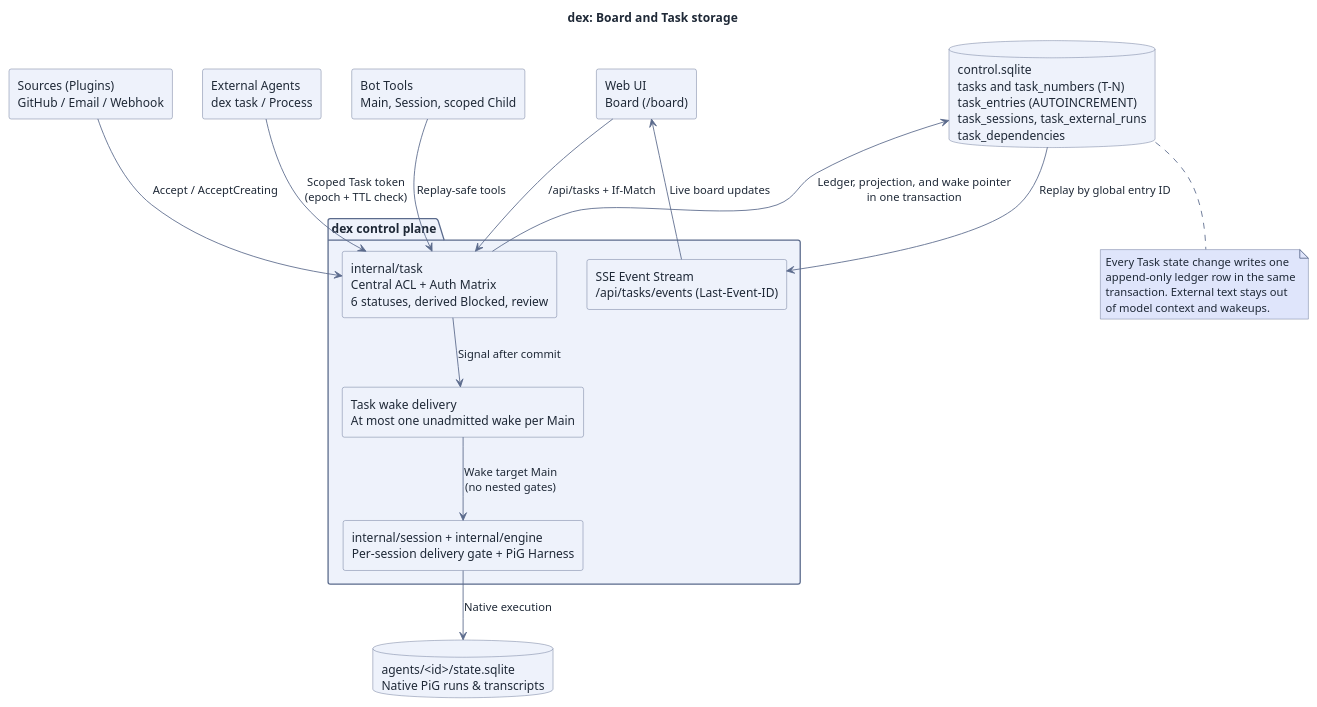
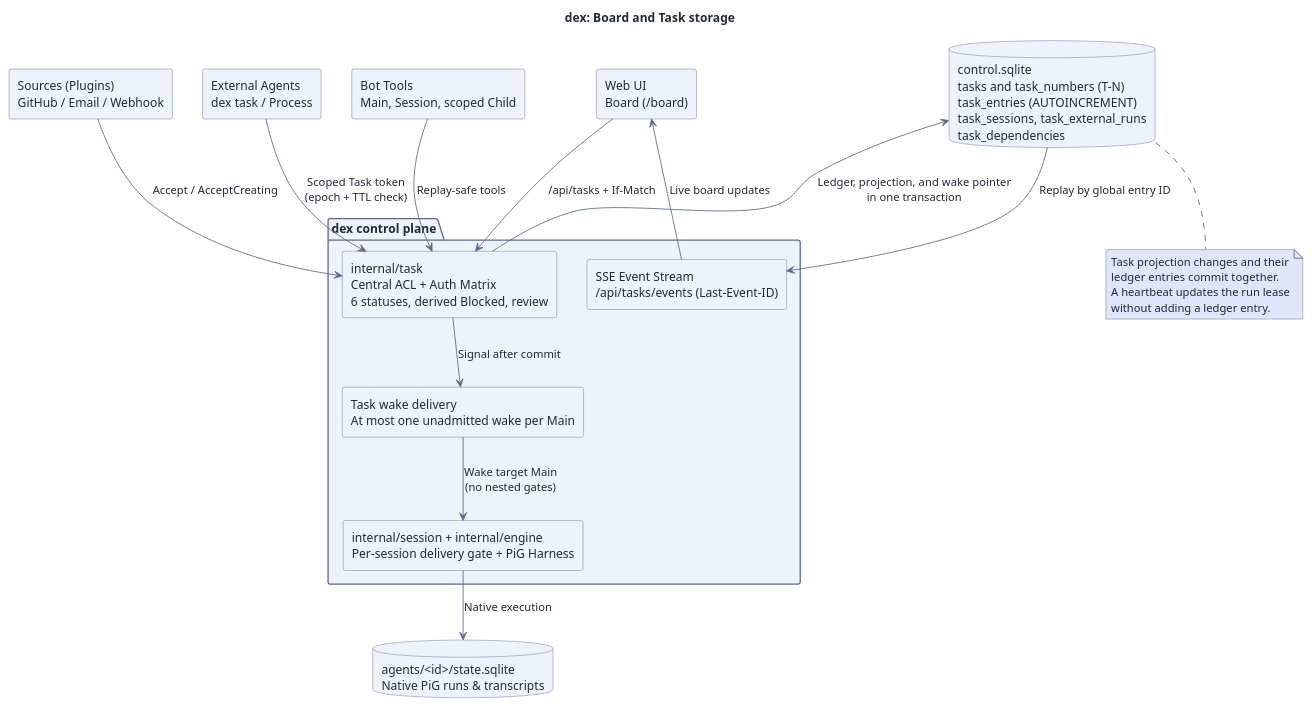
The diagram in docs/assets/src/task-board.puml (recally-io/dex), drawn with PlantUML before and after one commit. The commit also changed 35 other files, not shown here.

First line of the commit message:
docs: Align guides and diagrams with the current runtime (#398)

```diff
--- a/docs/assets/src/task-board.puml
+++ b/docs/assets/src/task-board.puml
@@ -1,82 +1,82 @@
 @startuml
 skinparam RectangleBackgroundColor #eef2fb
 skinparam RectangleBorderColor #5b6b8c
 skinparam RectangleFontColor #1f2937
 skinparam ComponentBackgroundColor #eef2fb
 skinparam ComponentBorderColor #5b6b8c
 skinparam ComponentFontColor #1f2937
 skinparam ClassBackgroundColor #eef2fb
 skinparam ClassBorderColor #5b6b8c
 skinparam ClassFontColor #1f2937
 skinparam UsecaseBackgroundColor #eef2fb
 skinparam UsecaseBorderColor #5b6b8c
 skinparam UsecaseFontColor #1f2937
 skinparam DatabaseBackgroundColor #eef2fb
 skinparam DatabaseBorderColor #5b6b8c
 skinparam DatabaseFontColor #1f2937
 skinparam NodeBackgroundColor #eef2fb
 skinparam NodeBorderColor #5b6b8c
 skinparam NodeFontColor #1f2937
 skinparam ActorBackgroundColor #eef2fb
 skinparam ActorBorderColor #5b6b8c
 skinparam ActorFontColor #1f2937
 skinparam StateBackgroundColor #eef2fb
 skinparam StateBorderColor #5b6b8c
 skinparam StateFontColor #1f2937
 skinparam ArtifactBackgroundColor #eef2fb
 skinparam ArtifactBorderColor #5b6b8c
 skinparam ArtifactFontColor #1f2937
 skinparam CloudBackgroundColor #eef2fb
 skinparam CloudBorderColor #5b6b8c
 skinparam CloudFontColor #1f2937
 skinparam FolderBackgroundColor #eef2fb
 skinparam FolderBorderColor #5b6b8c
 skinparam FolderFontColor #1f2937
 skinparam PackageBackgroundColor #eef2fb
 skinparam PackageBorderColor #5b6b8c
 skinparam DefaultFontColor #1f2937
 skinparam ArrowColor #5b6b8c
 skinparam ArrowFontColor #1f2937
 skinparam NoteBackgroundColor #dfe5fb
 skinparam NoteBorderColor #5b6b8c
 skinparam NoteFontColor #1f2937
 skinparam stereotypeABackgroundColor #d9e3f4
 skinparam stereotypeABorderColor #5b6b8c
 skinparam stereotypeCBackgroundColor #d9e3f4
 skinparam stereotypeCBorderColor #5b6b8c
 skinparam stereotypeEBackgroundColor #d9e3f4
 skinparam stereotypeEBorderColor #5b6b8c
 skinparam stereotypeIBackgroundColor #d9e3f4
 skinparam stereotypeIBorderColor #5b6b8c
 skinparam BackgroundColor #ffffff
 title dex: Board and Task storage
 top to bottom direction
 rectangle "Web UI\nBoard (/board)" as ui
 rectangle "Bot Tools\nMain, Session, scoped Child" as tools
 rectangle "Sources (Plugins)\nGitHub / Email / Webhook" as plugins
 rectangle "External Agents\ndex task / Process" as ext
 package "dex control plane" as ctrl {
   rectangle "SSE Event Stream\n/api/tasks/events (Last-Event-ID)" as sse
   rectangle "internal/task\nCentral ACL + Auth Matrix\n6 statuses, derived Blocked, review" as core
   rectangle "Task wake delivery\nAt most one unadmitted wake per Main" as wake
   rectangle "internal/session + internal/engine\nPer-session delivery gate + PiG Harness" as runtime
 }
 database "control.sqlite\ntasks and task_numbers (T-N)\ntask_entries (AUTOINCREMENT)\ntask_sessions, task_external_runs\ntask_dependencies" as cdb
 database "agents/<id>/state.sqlite\nNative PiG runs & transcripts" as adb
 ui --> core : /api/tasks + If-Match
 ui <-- sse : Live board updates
 tools --> core : Replay-safe tools
 plugins --> core : Accept / AcceptCreating
 ext --> core : Scoped Task token\n(epoch + TTL check)
 core --> cdb : Ledger, projection, and wake pointer\nin one transaction
 cdb --> sse : Replay by global entry ID
 core --> wake : Signal after commit
 wake --> runtime : Wake target Main\n(no nested gates)
 runtime --> adb : Native execution
 note bottom of cdb
-  Every Task state change writes one
-  append-only ledger row in the same
-  transaction. External text stays out
-  of model context and wakeups.
+  Task projection changes and their
+  ledger entries commit together.
+  A heartbeat updates the run lease
+  without adding a ledger entry.
 end note
 @enduml
```
